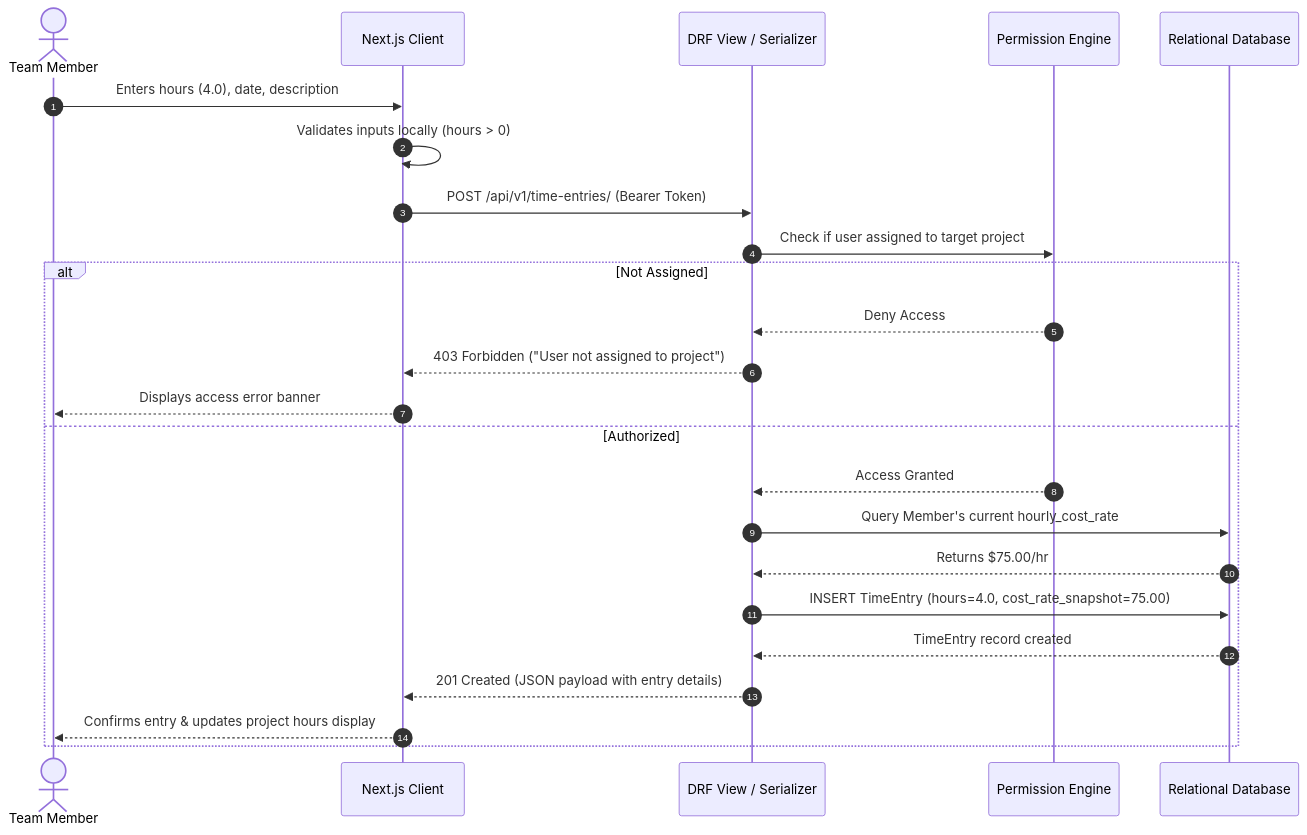
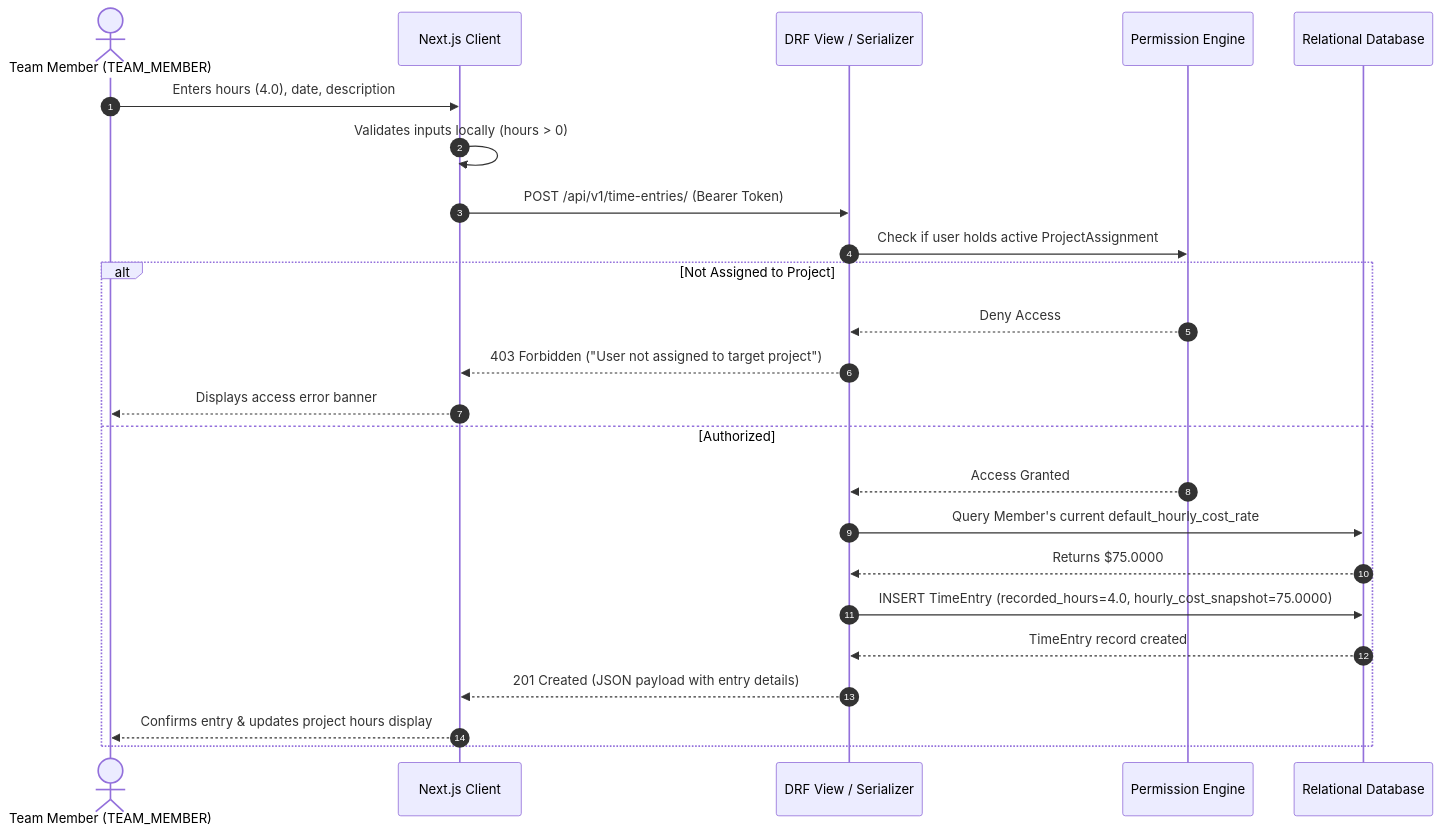
One commit to RafiAwes/margin_watch_ai changed the second of 3 diagrams in docs/architecture.md. Above: the diagram before and after it, drawn with Mermaid. The commit also changed other lines of this file and 13 other files, not shown here.

Commit message:
feat: add comprehensive system requirements and architecture documentation

````diff
--- a/docs/architecture.md
+++ b/docs/architecture.md
@@ -91,27 +99,27 @@
 ```mermaid
 sequenceDiagram
     autonumber
-    actor Member as Team Member
+    actor Member as Team Member (TEAM_MEMBER)
     participant FE as Next.js Client
     participant API as DRF View / Serializer
     participant Perm as Permission Engine
     participant DB as Relational Database
 
     Member->>FE: Enters hours (4.0), date, description
     FE->>FE: Validates inputs locally (hours > 0)
     FE->>API: POST /api/v1/time-entries/ (Bearer Token)
-    API->>Perm: Check if user assigned to target project
-    alt Not Assigned
+    API->>Perm: Check if user holds active ProjectAssignment
+    alt Not Assigned to Project
         Perm-->>API: Deny Access
-        API-->>FE: 403 Forbidden ("User not assigned to project")
+        API-->>FE: 403 Forbidden ("User not assigned to target project")
         FE-->>Member: Displays access error banner
     else Authorized
         Perm-->>API: Access Granted
-        API->>DB: Query Member's current hourly_cost_rate
-        DB-->>API: Returns $75.00/hr
-        API->>DB: INSERT TimeEntry (hours=4.0, cost_rate_snapshot=75.00)
+        API->>DB: Query Member's current default_hourly_cost_rate
+        DB-->>API: Returns $75.0000
+        API->>DB: INSERT TimeEntry (recorded_hours=4.0, hourly_cost_snapshot=75.0000)
         DB-->>API: TimeEntry record created
         API-->>FE: 201 Created (JSON payload with entry details)
         FE-->>Member: Confirms entry & updates project hours display
     end
 ```
````
